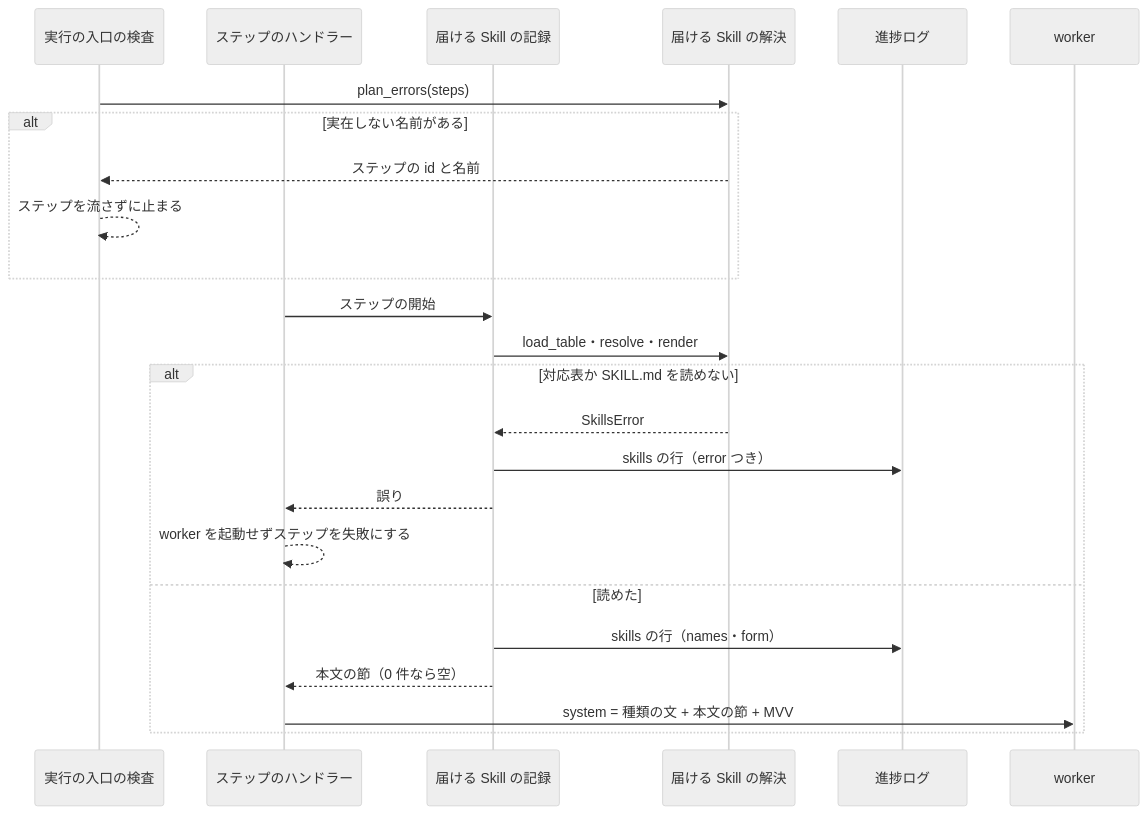
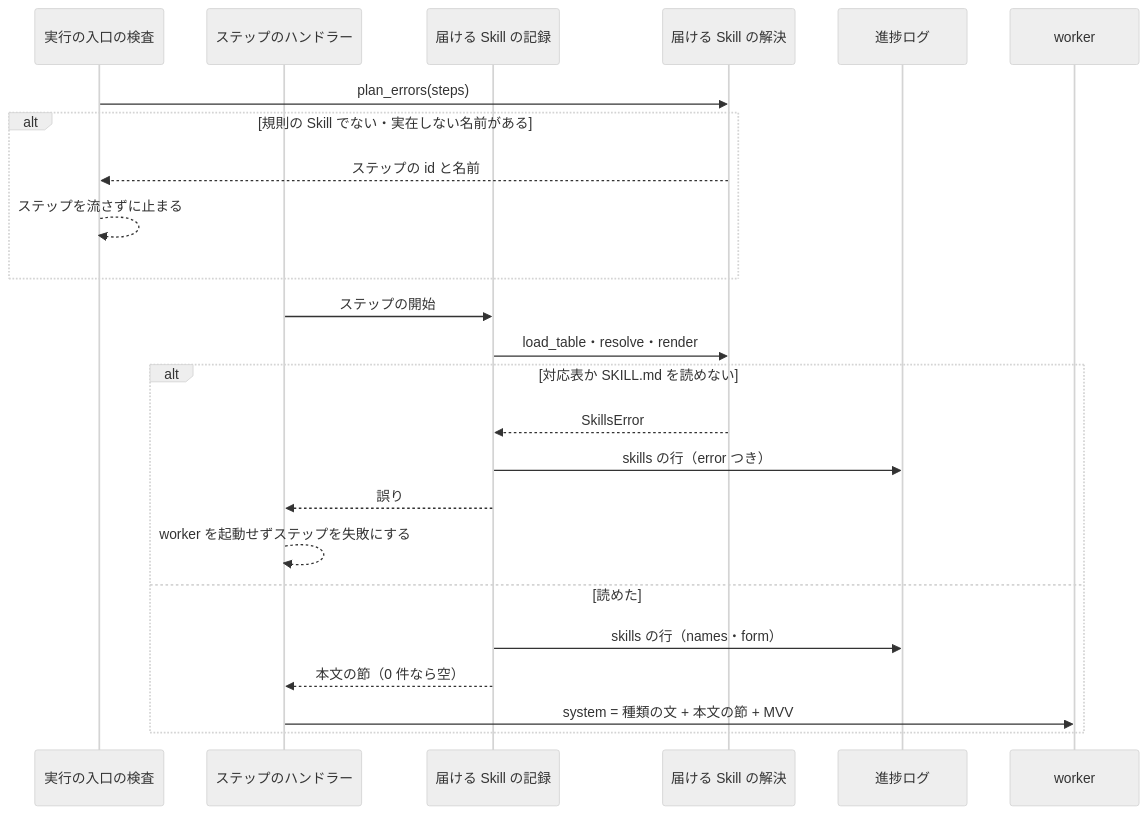
Before and after one commit to devbasex/ai-plugins: the fourth of 4 diagrams in issues/issue-2376-design.md, drawn with Mermaid (neutral theme). The commit also changed other lines of this file, not shown here.

First line of the commit message:
Docs: #2376 の設計で、規則の Skill を対応表の一覧で決め、プランの欄でも工程 Skill を拒む

````diff
--- a/issues/issue-2376-design.md
+++ b/issues/issue-2376-design.md
@@ -289,26 +290,26 @@
 ```mermaid
 sequenceDiagram
     participant E as 実行の入口の検査
     participant H as ステップのハンドラー
     participant D as 届ける Skill の記録
     participant R as 届ける Skill の解決
     participant L as 進捗ログ
     participant W as worker
     E->>R: plan_errors(steps)
-    alt 実在しない名前がある
+    alt 規則の Skill でない・実在しない名前がある
         R-->>E: ステップの id と名前
         E-->>E: ステップを流さずに止まる
     end
     H->>D: ステップの開始
     D->>R: load_table・resolve・render
     alt 対応表か SKILL.md を読めない
         R-->>D: SkillsError
         D->>L: skills の行（error つき）
         D-->>H: 誤り
         H-->>H: worker を起動せずステップを失敗にする
     else 読めた
         D->>L: skills の行（names・form）
         D-->>H: 本文の節（0 件なら空）
         H->>W: system = 種類の文 + 本文の節 + MVV
     end
 ```
````
